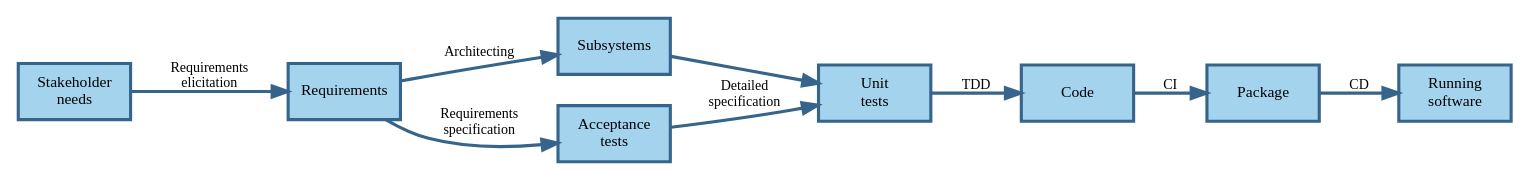
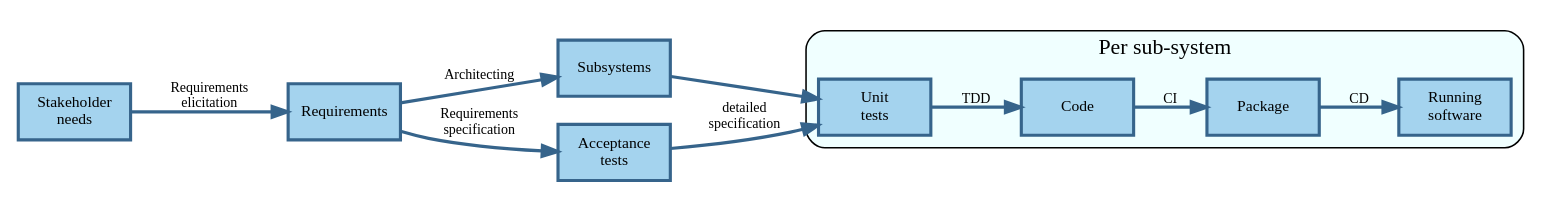
Before and after one commit to setms/book: the first of 3 diagrams in docs/design/analysis.md, drawn with Graphviz. The commit also changed other lines of this file, not shown here.

Commit message:
doc: Improve text

````diff
--- a/docs/design/analysis.md
+++ b/docs/design/analysis.md
@@ -9,26 +9,33 @@
 ```dot process
 digraph software_development {
   node [shape=rect, style="filled", fixedsize=true, width=1, height=0.5, fillcolor=lightskyblue2,
   color=steelblue4, penwidth=2, fontsize=10];
   edge [fontsize=9, color=steelblue4, penwidth=2];
   rankdir=LR;
 
   N [label="Stakeholder\nneeds"];
   R [label="Requirements"];
   S [label="Subsystems"];
   AT [label="Acceptance\ntests"];
   UT [label="Unit\ntests"];
   C [label="Code"];
   P [label="Package"];
   E [label="Running\nsoftware"];
 
-  N -> R [label="Requirements\nelicitation"];
-  R -> S [label="Architecting"];
-  R -> AT [label="\n\nRequirements\nspecification"];
-  S -> UT [label=""];
-  AT -> UT [label="Detailed\nspecification"];
-  UT -> C [label="TDD"];
-  C -> P [label="CI"];
-  P -> E [label="CD"];
+    subgraph cluster_main {
+        style="rounded,filled";
+        fillcolor="azure";
+        label="Per sub-system";
+
+        UT -> C [label="TDD"];
+        C -> P [label="CI"];
+        P -> E [label="CD"];
+    }
+
+    N -> R [label="Requirements\nelicitation"];
+    R -> S [label="Architecting"];
+    R -> AT [label="Requirements\nspecification"];
+    AT -> UT [label="detailed\nspecification"];
+    S -> UT;
 }
 ```
````
